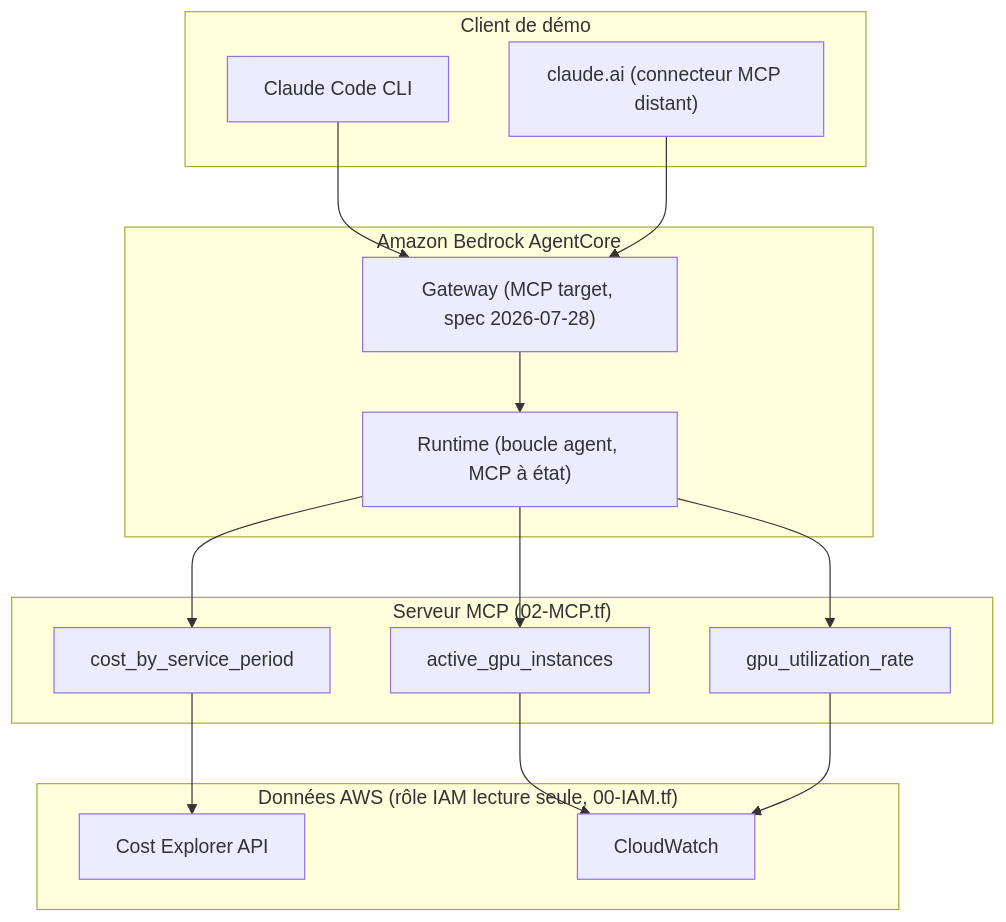
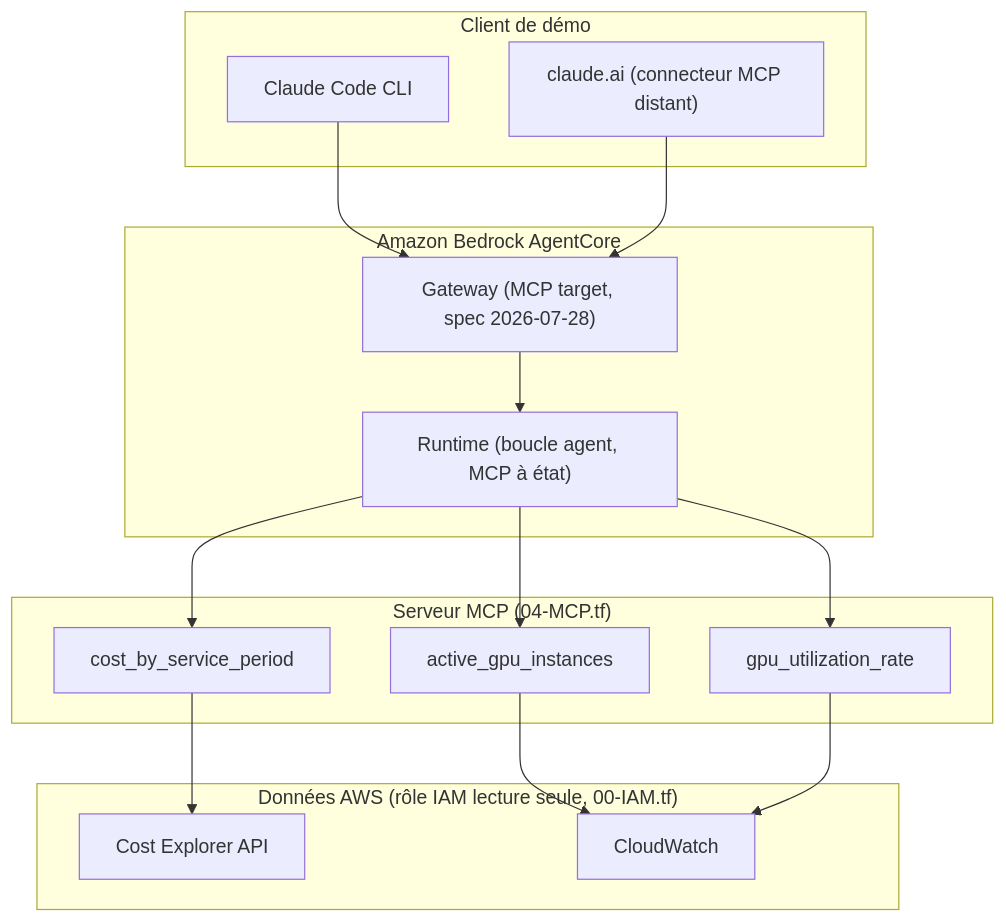
One commit to PhenixForge/AWS-FinOps-agent-with-MCP changed the first of 2 diagrams in README.md. Above: the diagram before and after it, drawn with Mermaid. The commit also changed other lines of this file and 3 other files, not shown here.

````diff
--- a/README.md
+++ b/README.md
@@ -18,33 +18,33 @@
 ```mermaid
 flowchart TD
     subgraph Client["Client de démo"]
         CLI["Claude Code CLI"]
         Chat["claude.ai (connecteur MCP distant)"]
     end
 
     subgraph AgentCore["Amazon Bedrock AgentCore"]
         GW["Gateway (MCP target, spec 2026-07-28)"]
         RT["Runtime (boucle agent, MCP à état)"]
     end
 
-    subgraph MCPServer["Serveur MCP (02-MCP.tf)"]
+    subgraph MCPServer["Serveur MCP (04-MCP.tf)"]
         T1["cost_by_service_period"]
         T2["active_gpu_instances"]
         T3["gpu_utilization_rate"]
     end
 
     subgraph AWSData["Données AWS (rôle IAM lecture seule, 00-IAM.tf)"]
         CE["Cost Explorer API"]
         CW["CloudWatch"]
     end
 
     CLI --> GW
     Chat --> GW
     GW --> RT
     RT --> T1
     RT --> T2
     RT --> T3
     T1 --> CE
     T2 --> CW
     T3 --> CW
 ```
````
